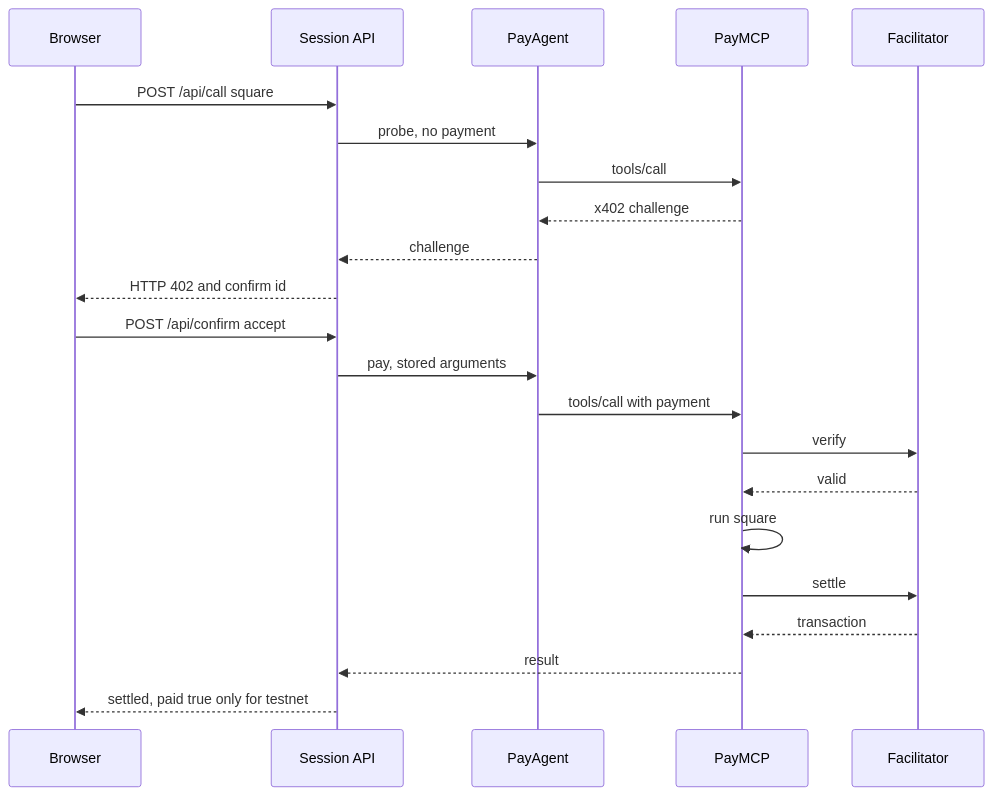
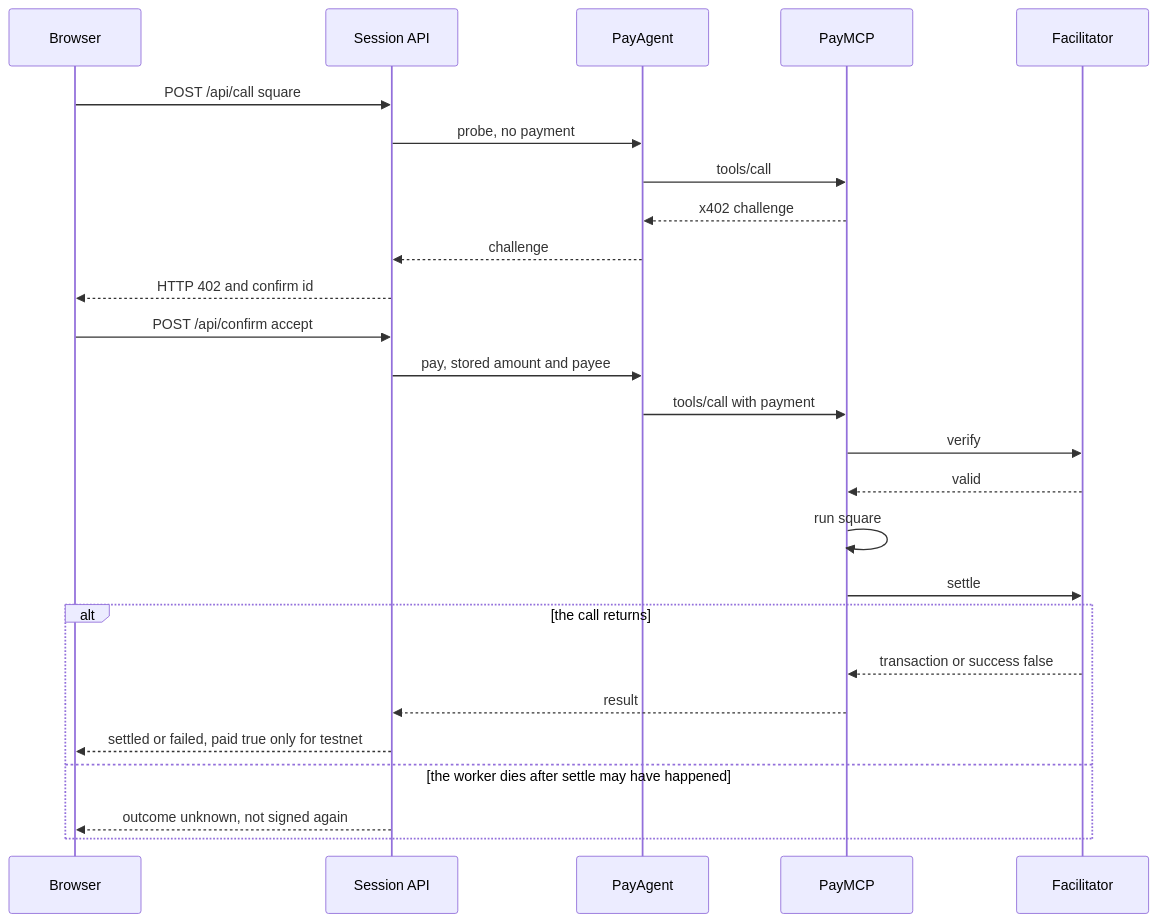
Before and after one commit to theserverlessdev/tech-demos: the second of 2 diagrams in demos/x402-pay/SETUP.md, drawn with Mermaid. The commit also changed other lines of this file and 20 other files, not shown here.

First line of the commit message:
Record an unknown outcome when a payment may already have settled.

````diff
--- a/demos/x402-pay/SETUP.md
+++ b/demos/x402-pay/SETUP.md
@@ -27,24 +27,28 @@
 ```mermaid
 sequenceDiagram
   participant B as Browser
   participant A as Session API
   participant P as PayAgent
   participant M as PayMCP
   participant F as Facilitator
   B->>A: POST /api/call square
   A->>P: probe, no payment
   P->>M: tools/call
   M-->>P: x402 challenge
   P-->>A: challenge
   A-->>B: HTTP 402 and confirm id
   B->>A: POST /api/confirm accept
-  A->>P: pay, stored arguments
+  A->>P: pay, stored amount and payee
   P->>M: tools/call with payment
   M->>F: verify
   F-->>M: valid
   M->>M: run square
   M->>F: settle
-  F-->>M: transaction
-  M-->>A: result
-  A-->>B: settled, paid true only for testnet
+  alt the call returns
+    F-->>M: transaction or success false
+    M-->>A: result
+    A-->>B: settled or failed, paid true only for testnet
+  else the worker dies after settle may have happened
+    A-->>B: outcome unknown, not signed again
+  end
 ```
````
